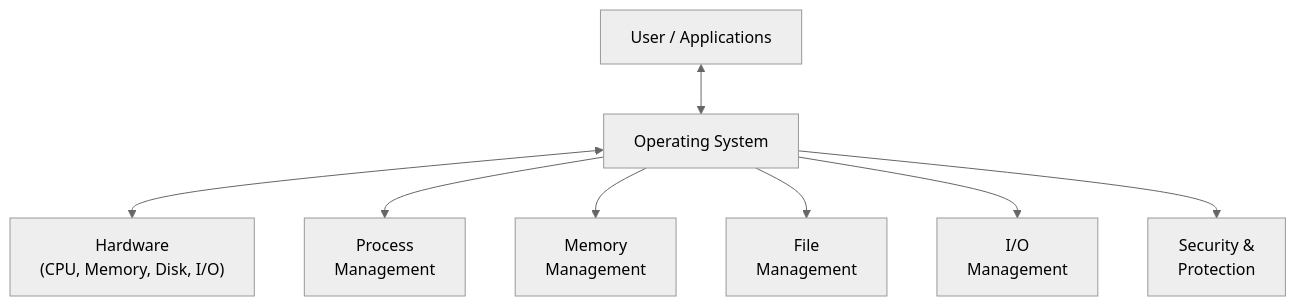
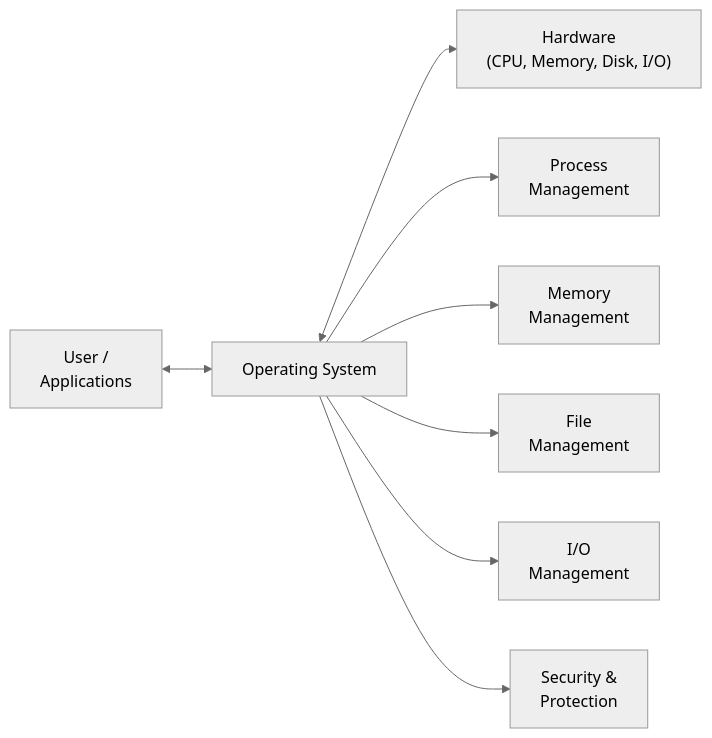
Before and after one commit to amitdevx/TY: the first of 5 diagrams in 01-Semester-V/CS-302-MJ-T-Operating-Systems/Unit-1.md, drawn with Mermaid (neutral theme). The commit also changed other lines of this file and 65 other files, not shown here.

Commit message:
fix:graph vertical

````diff
--- a/01-Semester-V/CS-302-MJ-T-Operating-Systems/Unit-1.md
+++ b/01-Semester-V/CS-302-MJ-T-Operating-Systems/Unit-1.md
@@ -56,11 +56,11 @@
 ```mermaid
-graph TD
-    User[" User / Applications"] <--> OS[" Operating System"]
+graph LR
+    User[" User /<br/>Applications"] <--> OS[" Operating System"]
     OS <--> HW[" Hardware<br/>(CPU, Memory, Disk, I/O)"]
     
     OS --> PM["Process<br/>Management"]
     OS --> MM["Memory<br/>Management"]
     OS --> FM["File<br/>Management"]
     OS --> IO["I/O<br/>Management"]
     OS --> SEC["Security &<br/>Protection"]
 ```
````
